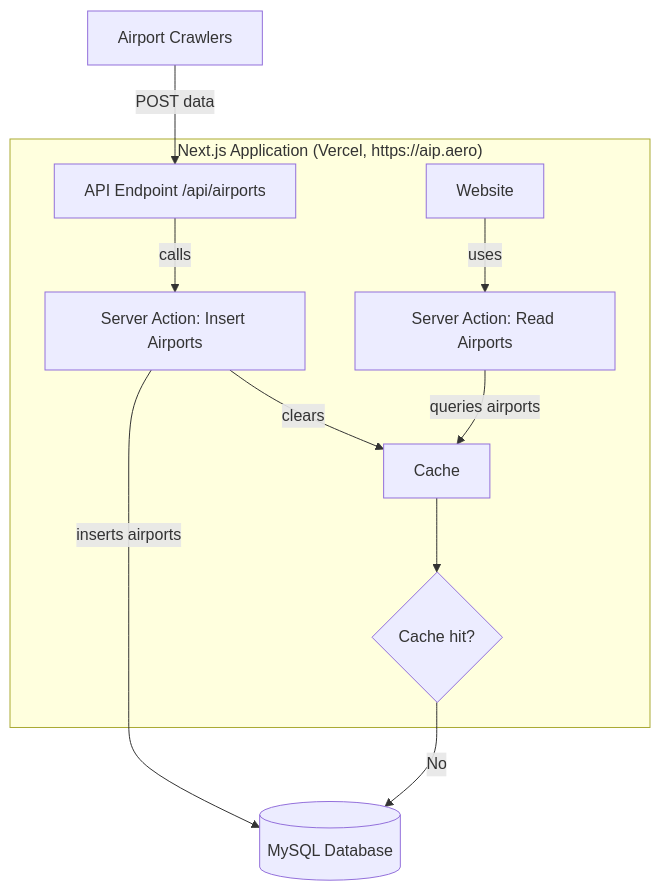
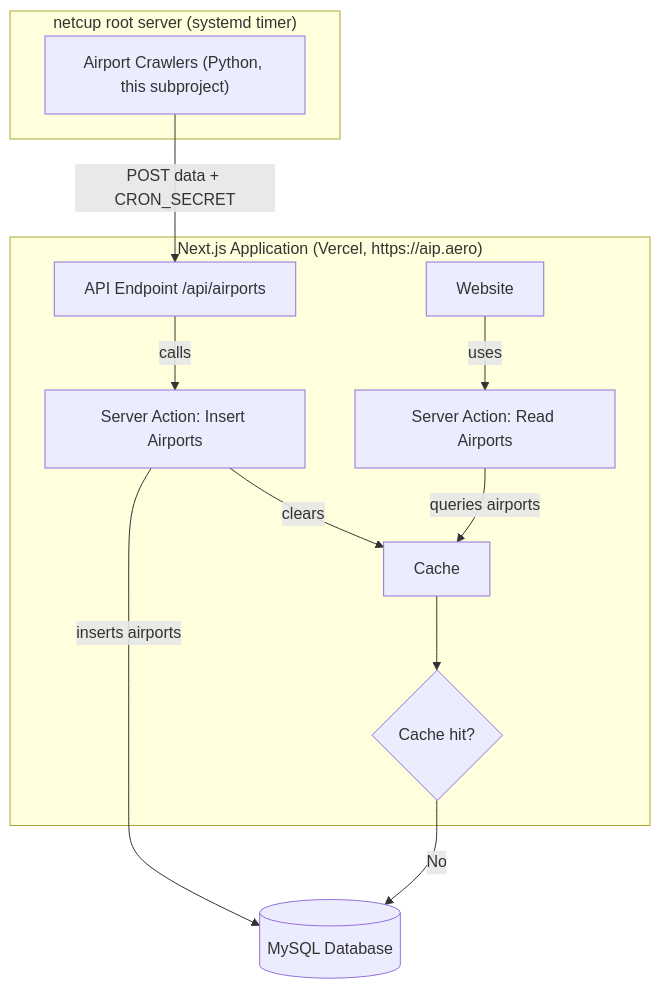
The diagram in crawlers/README.md (alexanderdross/AipAero), drawn with Mermaid before and after one commit. The commit also changed other lines of this file and 2 other files, not shown here.

First line of the commit message:
Document split architecture: Vercel for web, netcup for crawlers

````diff
--- a/crawlers/README.md
+++ b/crawlers/README.md
@@ -49,19 +97,22 @@
 ```mermaid
 flowchart TD
  subgraph subGraph0["Next.js Application (Vercel, https://aip.aero)"]
         API["API Endpoint /api/airports"]
         Website["Website"]
         InsertAction["Server Action: Insert Airports"]
         ReadAction["Server Action: Read Airports"]
         Cache["Cache"]
         IsHit{"Cache hit?"}
   end
-    Crawlers["Airport Crawlers"] -- POST data --> API
+ subgraph subGraph1["netcup root server (systemd timer)"]
+        Crawlers["Airport Crawlers (Python, this subproject)"]
+  end
+    Crawlers -- POST data + CRON_SECRET --> API
     API -- calls --> InsertAction
     InsertAction -- inserts airports --> MySQL[("MySQL Database")]
     InsertAction -- clears --> Cache
     Website -- uses --> ReadAction
     ReadAction -- queries airports --> Cache
     Cache --> IsHit
     IsHit -- No --> MySQL
 ```
````
